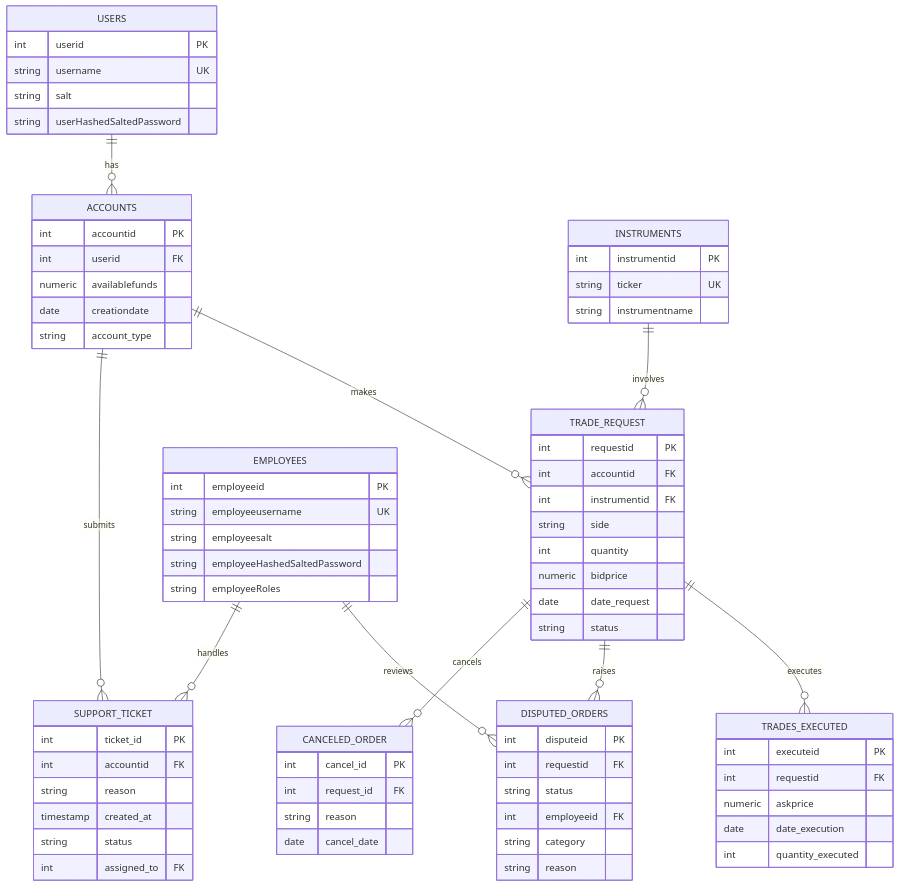
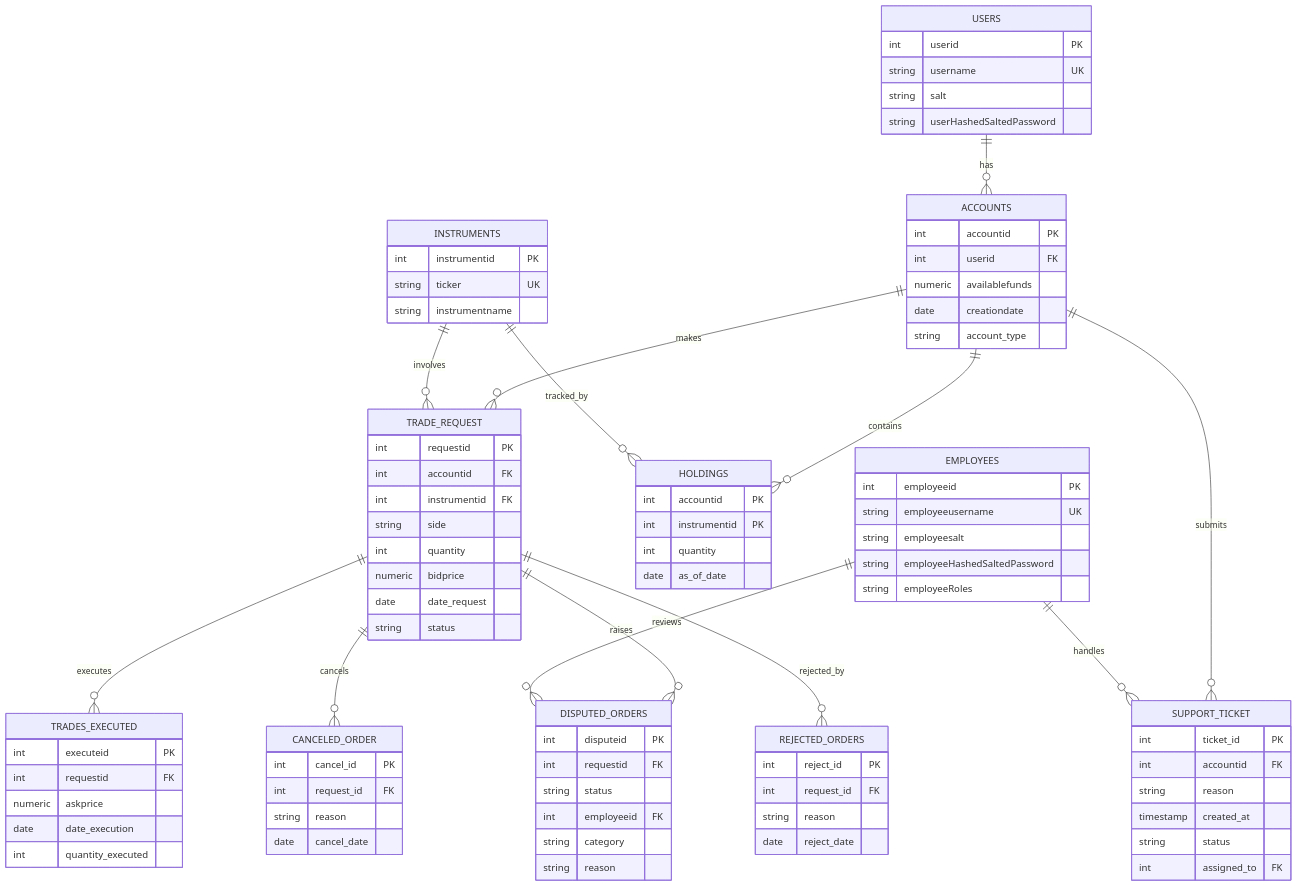
The diagram in database-schema-diagram.mmd (sromy17/ribbit-ribbit-project), drawn with Mermaid before and after one commit. The commit also changed 7 other files, not shown here.

Commit message:
changed mmd diagrams

```diff
--- a/database-schema-diagram.mmd
+++ b/database-schema-diagram.mmd
@@ -1,83 +1,103 @@
 erDiagram
+    %% OLTP (Online Transaction Processing) Database Schema
+    %% Optimized for real-time operations and transactional consistency
+
     USERS ||--o{ ACCOUNTS : has
     ACCOUNTS ||--o{ TRADE_REQUEST : makes
+    ACCOUNTS ||--o{ HOLDINGS : contains
     ACCOUNTS ||--o{ SUPPORT_TICKET : submits
     INSTRUMENTS ||--o{ TRADE_REQUEST : involves
+    INSTRUMENTS ||--o{ HOLDINGS : tracked_by
     TRADE_REQUEST ||--o{ TRADES_EXECUTED : executes
     TRADE_REQUEST ||--o{ DISPUTED_ORDERS : raises
     TRADE_REQUEST ||--o{ CANCELED_ORDER : cancels
+    TRADE_REQUEST ||--o{ REJECTED_ORDERS : rejected_by
     EMPLOYEES ||--o{ DISPUTED_ORDERS : reviews
     EMPLOYEES ||--o{ SUPPORT_TICKET : handles
 
     USERS {
         int userid PK
         string username UK
         string salt
         string userHashedSaltedPassword
     }
 
     ACCOUNTS {
         int accountid PK
         int userid FK
         numeric availablefunds
         date creationdate
         string account_type
     }
 
     INSTRUMENTS {
         int instrumentid PK
         string ticker UK
         string instrumentname
+    }
+
+    HOLDINGS {
+        int accountid PK
+        int instrumentid PK
+        int quantity
+        date as_of_date
     }
 
     TRADE_REQUEST {
         int requestid PK
         int accountid FK
         int instrumentid FK
         string side
         int quantity
         numeric bidprice
         date date_request
         string status
     }
 
     TRADES_EXECUTED {
         int executeid PK
         int requestid FK
         numeric askprice
         date date_execution
         int quantity_executed
     }
 
     EMPLOYEES {
         int employeeid PK
         string employeeusername UK
         string employeesalt
         string employeeHashedSaltedPassword
         string employeeRoles
     }
 
     DISPUTED_ORDERS {
         int disputeid PK
         int requestid FK
         string status
         int employeeid FK
         string category
         string reason
     }
 
     CANCELED_ORDER {
         int cancel_id PK
         int request_id FK
         string reason
         date cancel_date
     }
 
+    REJECTED_ORDERS {
+        int reject_id PK
+        int request_id FK
+        string reason
+        date reject_date
+    }
+
     SUPPORT_TICKET {
         int ticket_id PK
         int accountid FK
         string reason
         timestamp created_at
         string status
         int assigned_to FK
     }
```
